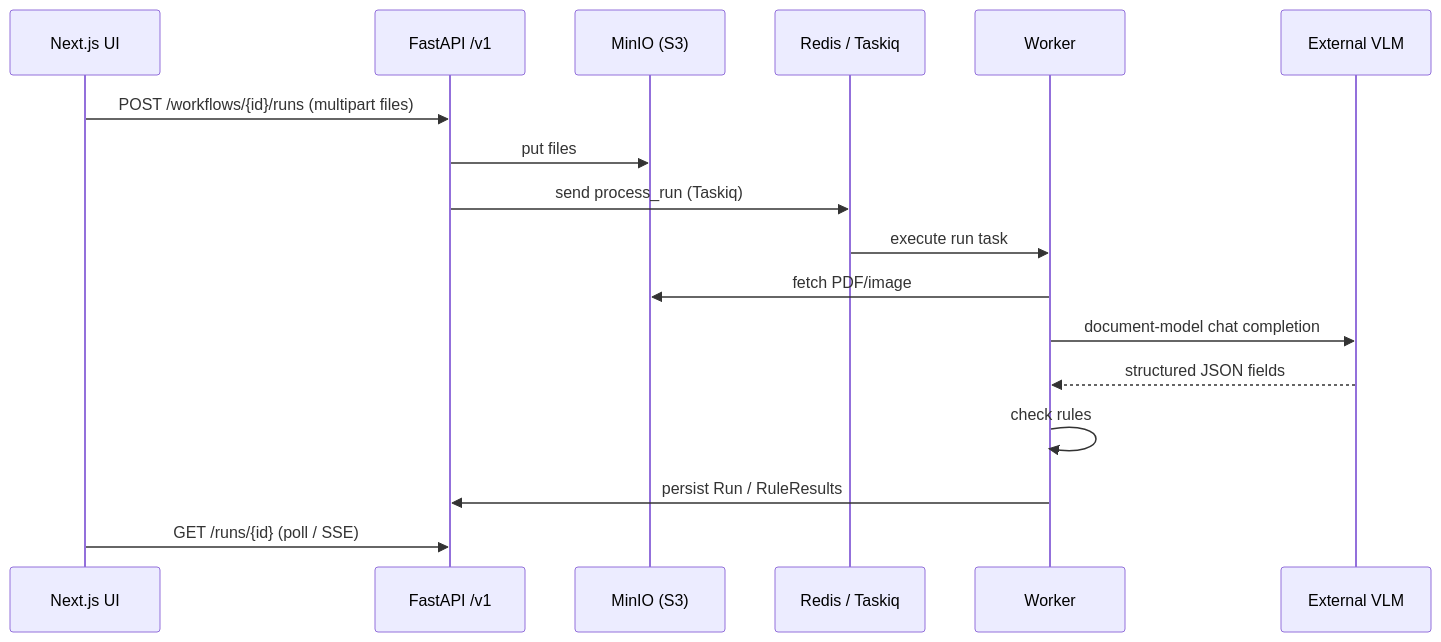
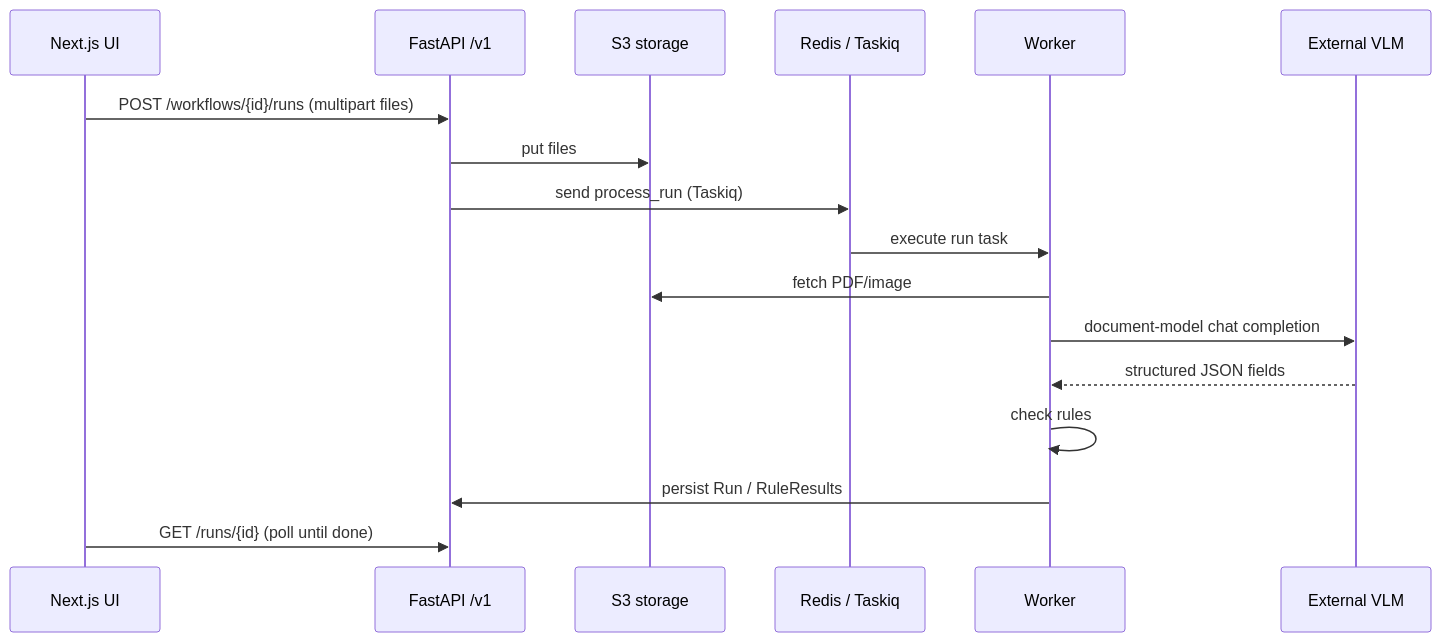
Before and after one commit to MehdiGououiad/repody: the diagram in CONTEXT.md, drawn with Mermaid. The commit also changed other lines of this file and 307 other files, not shown here.

````diff
--- a/CONTEXT.md
+++ b/CONTEXT.md
@@ -30,20 +30,20 @@
 ```mermaid
 sequenceDiagram
   participant UI as Next.js UI
   participant API as FastAPI /v1
-  participant Store as MinIO (S3)
+  participant Store as S3 storage
   participant Q as Redis / Taskiq
   participant W as Worker
   participant Inf as External VLM
 
   UI->>API: POST /workflows/{id}/runs (multipart files)
   API->>Store: put files
   API->>Q: send process_run (Taskiq)
   Q->>W: execute run task
   W->>Store: fetch PDF/image
   W->>Inf: document-model chat completion
   Inf-->>W: structured JSON fields
   W->>W: check rules
   W->>API: persist Run / RuleResults
-  UI->>API: GET /runs/{id} (poll / SSE)
+  UI->>API: GET /runs/{id} (poll until done)
 ```
````
